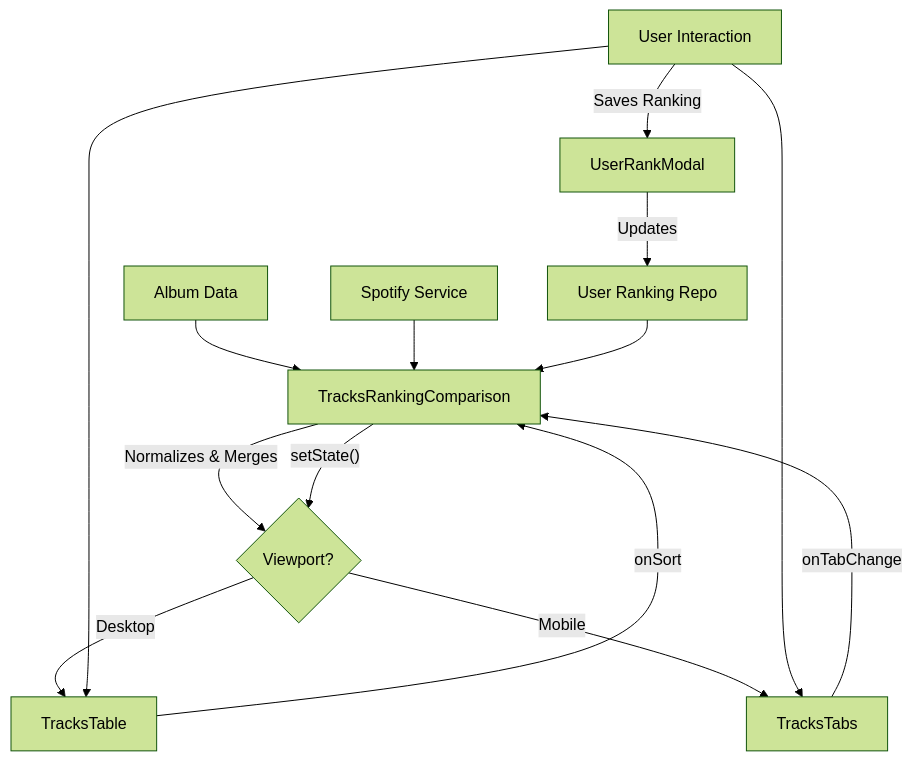
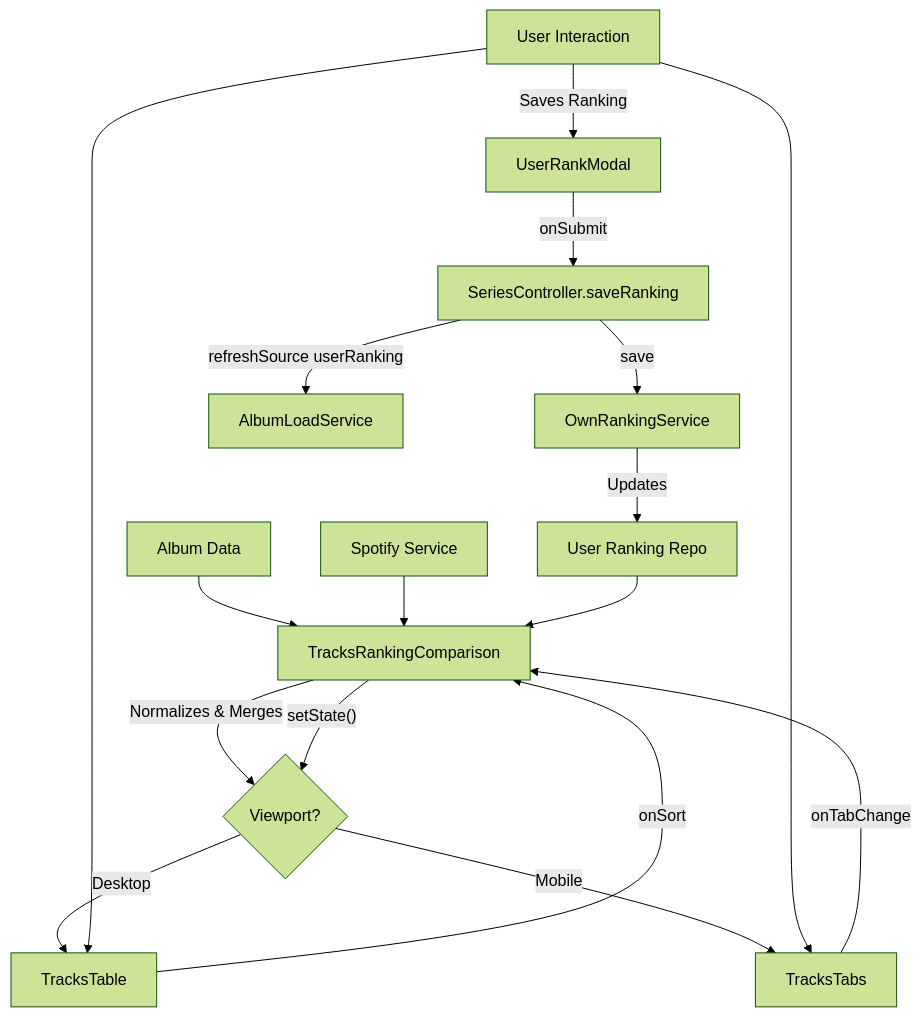
The diagram in docs/manual/16_Frontend_Components_Search_and_Ranking.md (maujrp99/MJRP_AlbumsBalancedPlaylists_v0), drawn with Mermaid (forest theme) before and after one commit. The commit also changed other lines of this file and 18 other files, not shown here.

````diff
--- a/docs/manual/16_Frontend_Components_Search_and_Ranking.md
+++ b/docs/manual/16_Frontend_Components_Search_and_Ranking.md
@@ -51,18 +53,21 @@
 ```mermaid
 graph TD
     A[Album Data] --> B[TracksRankingComparison]
     C[Spotify Service] --> B
     G[User Ranking Repo] --> B
     B -- Normalizes & Merges --> D{Viewport?}
     D -- Desktop --> E[TracksTable]
     D -- Mobile --> F[TracksTabs]
     
     User[User Interaction] --> E
     User --> F
     User -- Saves Ranking --> H[UserRankModal]
-    H -- Updates --> G
+    H -- onSubmit --> I[SeriesController.saveRanking]
+    I -- save --> J[OwnRankingService]
+    J -- Updates --> G
+    I -- refreshSource userRanking --> K[AlbumLoadService]
     
     E -- onSort --> B
     F -- onTabChange --> B
     B -- setState() --> D
 ```
````
